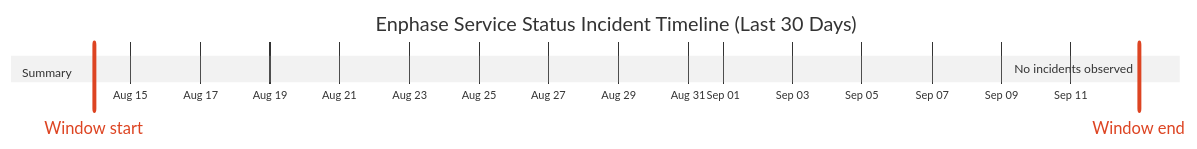
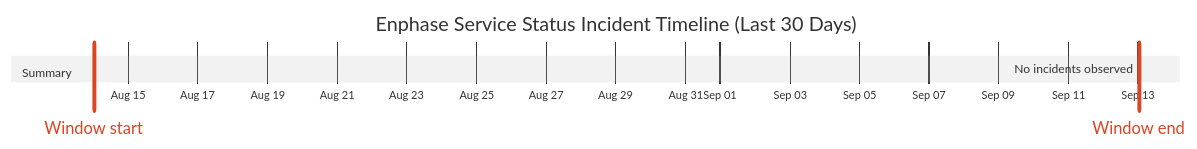
One commit to barneyonline/ha-enphase-energy changed the diagram in wiki/Service-Status-History.md. Above: the diagram before and after it, drawn with Mermaid (neutral theme). The commit also changed other lines of this file and 3 other files, not shown here.

````diff
--- a/wiki/Service-Status-History.md
+++ b/wiki/Service-Status-History.md
@@ -14,10 +14,10 @@
 ```mermaid
 gantt
     title Enphase Service Status Incident Timeline (Last 30 Days)
     dateFormat  YYYY-MM-DDTHH:mm:ss
     axisFormat  %b %d
-    Window start :vert, window-start, 2026-08-13T22:50:22, 0ms
-    Window end :vert, window-end, 2026-09-12T22:50:22, 0ms
+    Window start :vert, window-start, 2026-08-14T00:37:09, 0ms
+    Window end :vert, window-end, 2026-09-13T00:37:09, 0ms
     section Summary
-    No incidents observed :done, 2026-09-12T22:50:22, 1m
+    No incidents observed :done, 2026-09-13T00:37:09, 1m
 ```
````
